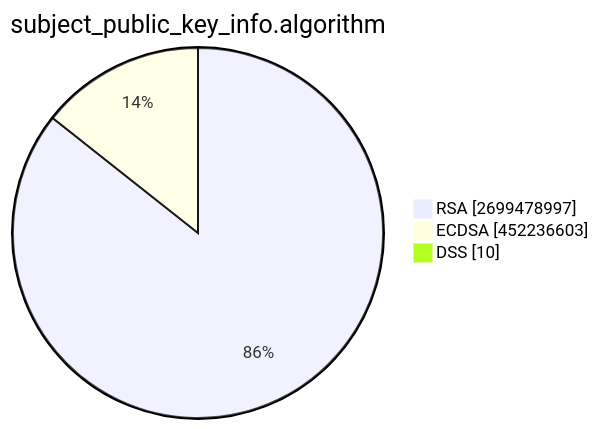
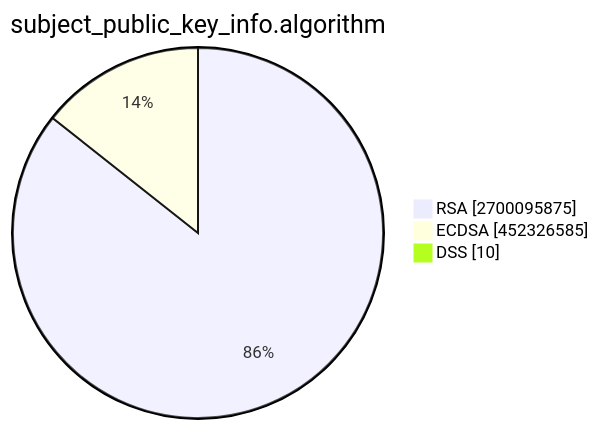
One commit to christiankrug/ctmonitor_visualization changed the second of 15 diagrams in TOTAL/README.md. Above: the diagram before and after it, drawn with Mermaid. The commit also changed other lines of this file, not shown here.

````diff
--- a/TOTAL/README.md
+++ b/TOTAL/README.md
@@ -6,7 +6,7 @@
 ```mermaid
 pie showData
 title subject_public_key_info.algorithm
-"RSA" :2699478997
-"ECDSA" :452236603
+"RSA" :2700095875
+"ECDSA" :452326585
 "DSS" :10
 ```
````
